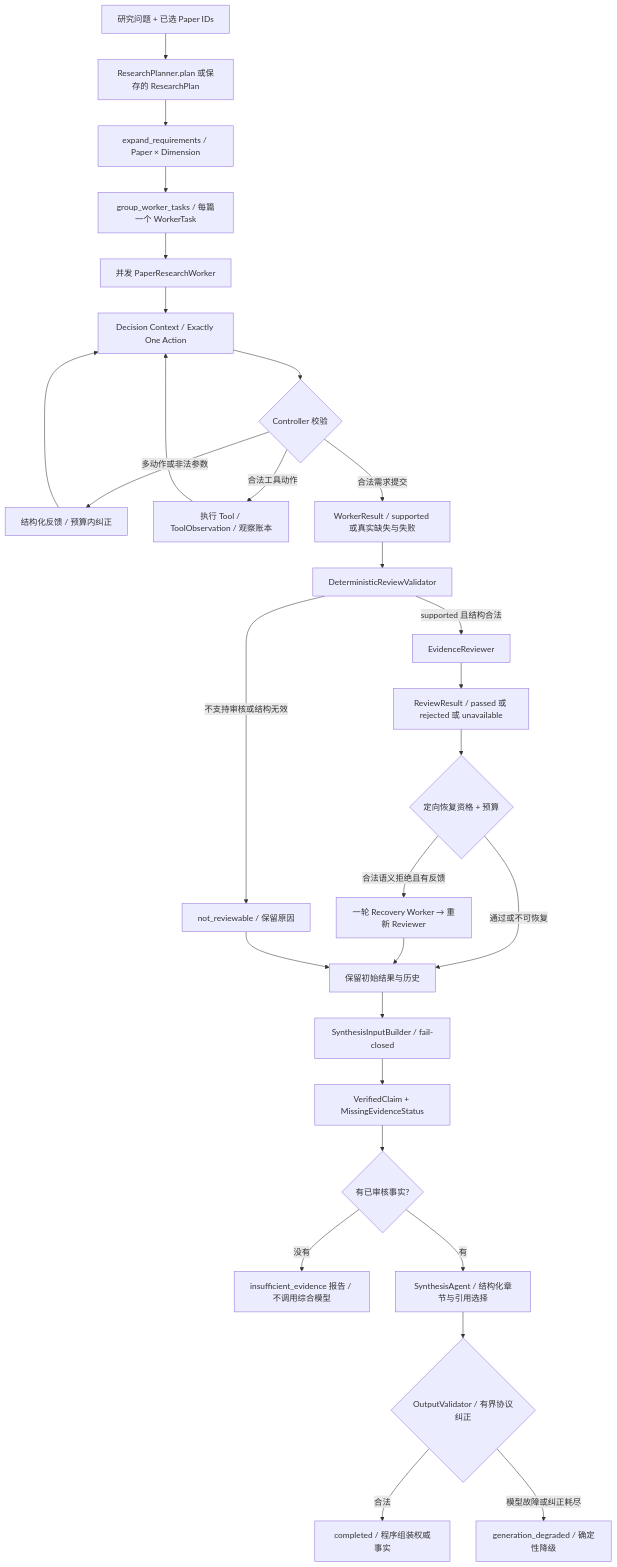
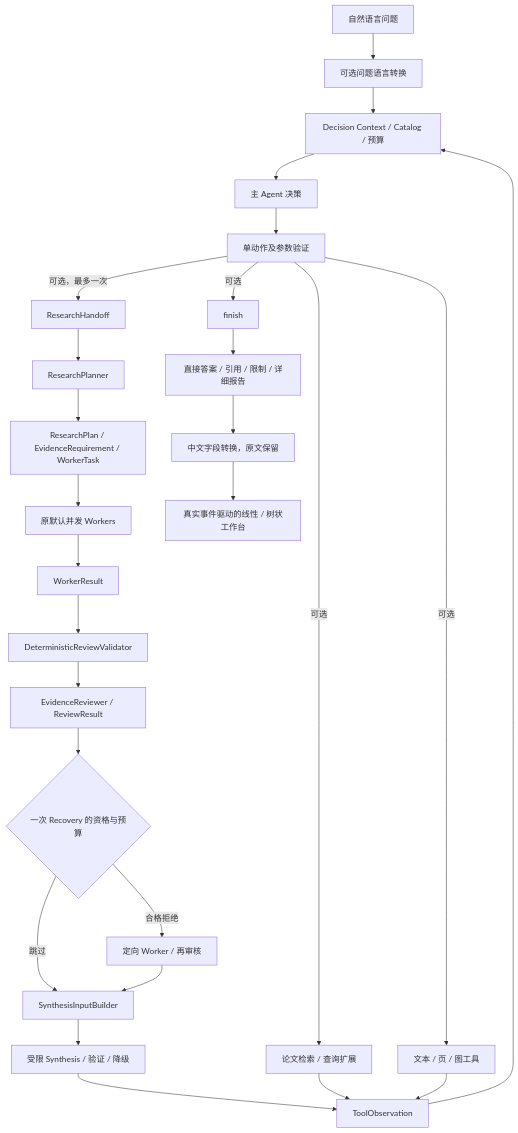
The diagram in docs/architecture/system-overview.md (lei421852-oss/Personal-Research-Agent), drawn with Mermaid before and after one commit. The commit also changed other lines of this file and 7 other files, not shown here.

Commit message:
docs: finalize architecture and quickstart

````diff
--- a/docs/architecture/system-overview.md
+++ b/docs/architecture/system-overview.md
@@ -96,31 +13,29 @@
 ```mermaid
 flowchart TD
-  Q[研究问题 + 已选 Paper IDs] --> P[ResearchPlanner.plan 或保存的 ResearchPlan]
-  P --> R[expand_requirements / Paper × Dimension]
-  R --> T[group_worker_tasks / 每篇一个 WorkerTask]
-  T --> W[并发 PaperResearchWorker]
-  W --> D[Decision Context / Exactly One Action]
-  D --> C{Controller 校验}
-  C -->|多动作或非法参数| F[结构化反馈 / 预算内纠正]
-  F --> D
-  C -->|合法工具动作| E[执行 Tool / ToolObservation / 观察账本]
-  E --> D
-  C -->|合法需求提交| WR[WorkerResult / supported 或真实缺失与失败]
-  WR --> V[DeterministicReviewValidator]
-  V -->|supported 且结构合法| RV[EvidenceReviewer]
-  V -->|不支持审核或结构无效| NA[not_reviewable / 保留原因]
-  RV --> RR[ReviewResult / passed 或 rejected 或 unavailable]
-  RR --> EL{定向恢复资格 + 预算}
-  EL -->|合法语义拒绝且有反馈| RW[一轮 Recovery Worker → 重新 Reviewer]
-  EL -->|通过或不可恢复| M[保留初始结果与历史]
-  RW --> M
-  NA --> M
-  M --> B[SynthesisInputBuilder / fail-closed]
-  B --> SI[VerifiedClaim + MissingEvidenceStatus]
-  SI --> H{有已审核事实?}
-  H -->|没有| GAP[insufficient_evidence 报告 / 不调用综合模型]
-  H -->|有| SA[SynthesisAgent / 结构化章节与引用选择]
-  SA --> OV{OutputValidator / 有界协议纠正}
-  OV -->|合法| OK[completed / 程序组装权威事实]
-  OV -->|模型故障或纠正耗尽| FB[generation_degraded / 确定性降级]
+    Q[自然语言问题] --> L[可选问题语言转换]
+    L --> D[Decision Context / Catalog / 预算]
+    D --> M[主 Agent 决策]
+    M --> C[单动作及参数验证]
+    C -->|可选| F[finish]
+    C -->|可选| P[论文检索 / 查询扩展]
+    C -->|可选| E[文本 / 页 / 图工具]
+    C -->|可选，最多一次| H[ResearchHandoff]
+    H --> PL[ResearchPlanner]
+    PL --> RP[ResearchPlan / EvidenceRequirement / WorkerTask]
+    RP --> W[原默认并发 Workers]
+    W --> WR[WorkerResult]
+    WR --> V[DeterministicReviewValidator]
+    V --> R[EvidenceReviewer / ReviewResult]
+    R --> RC{一次 Recovery 的资格与预算}
+    RC -->|合格拒绝| RW[定向 Worker / 再审核]
+    RC -->|跳过| SI[SynthesisInputBuilder]
+    RW --> SI
+    SI --> SY[受限 Synthesis / 验证 / 降级]
+    SY --> O[ToolObservation]
+    P --> O
+    E --> O
+    O --> D
+    F --> A[直接答案 / 引用 / 限制 / 详细报告]
+    A --> Z[中文字段转换，原文保留]
+    Z --> UI[真实事件驱动的线性 / 树状工作台]
 ```
````
